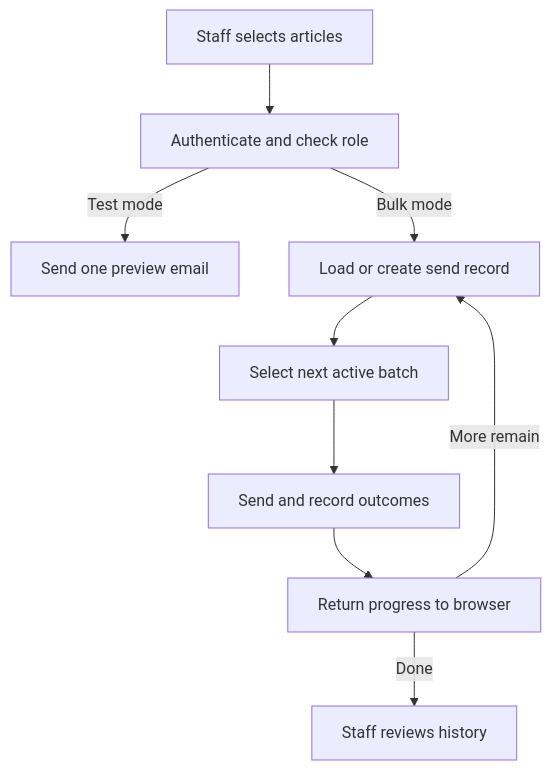
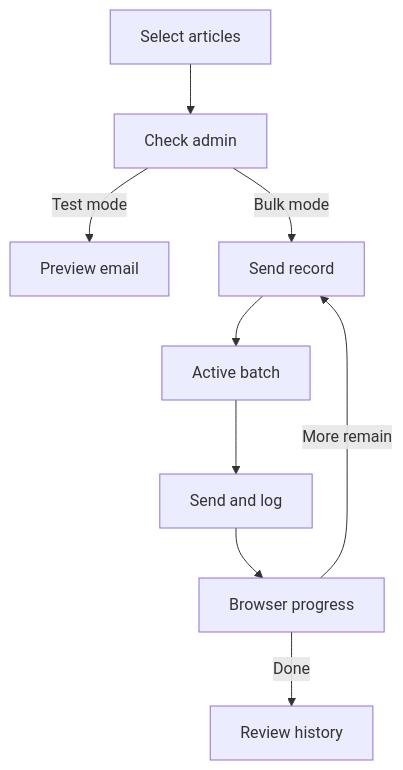
The second of 2 diagrams in docs/architecture.md (kartikhth-byte/Njord-Voyage-Navigator-Showcase), drawn with Mermaid before and after one commit.

Commit message:
Shorten newsletter diagram labels for mobile reading

````diff
--- a/docs/architecture.md
+++ b/docs/architecture.md
@@ -36,11 +36,11 @@
 ```mermaid
 flowchart TD
-    A[Staff selects articles] --> B[Authenticate and check role]
-    B -->|Test mode| C[Send one preview email]
-    B -->|Bulk mode| D[Load or create send record]
-    D --> E[Select next active batch]
-    E --> F[Send and record outcomes]
-    F --> G[Return progress to browser]
+    A[Select articles] --> B[Check admin]
+    B -->|Test mode| C[Preview email]
+    B -->|Bulk mode| D[Send record]
+    D --> E[Active batch]
+    E --> F[Send and log]
+    F --> G[Browser progress]
     G -->|More remain| D
-    G -->|Done| H[Staff reviews history]
+    G -->|Done| H[Review history]
 ```
````
